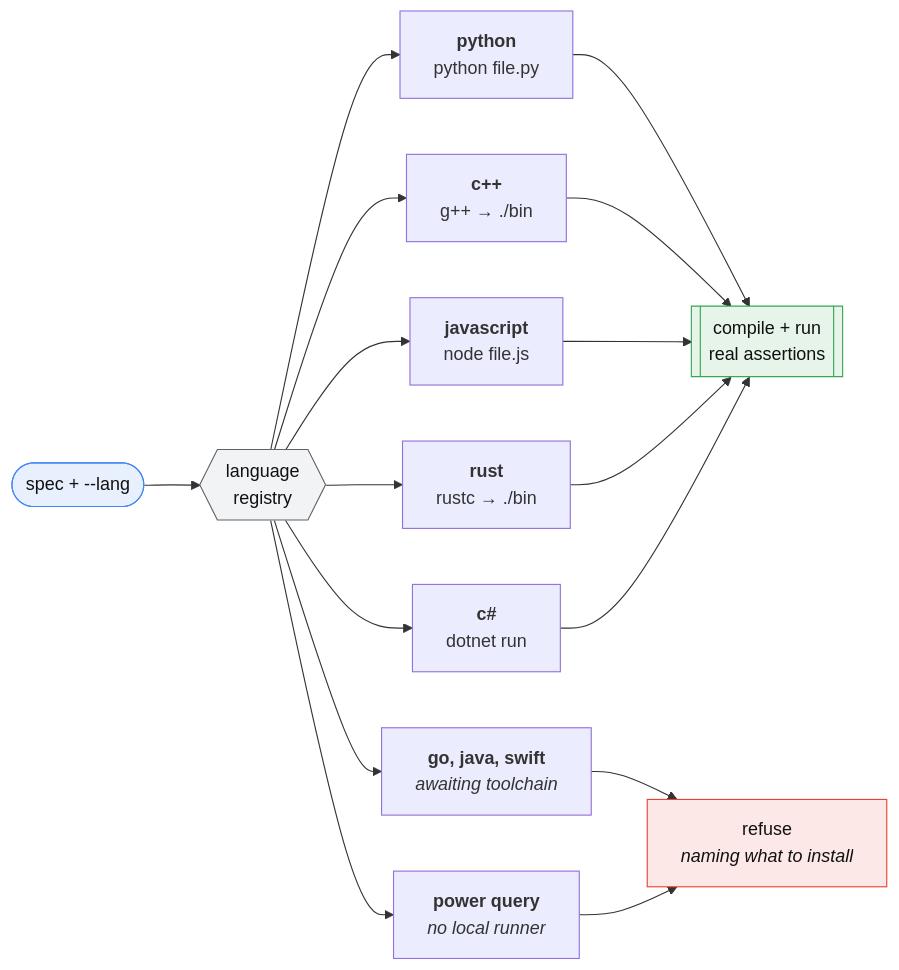
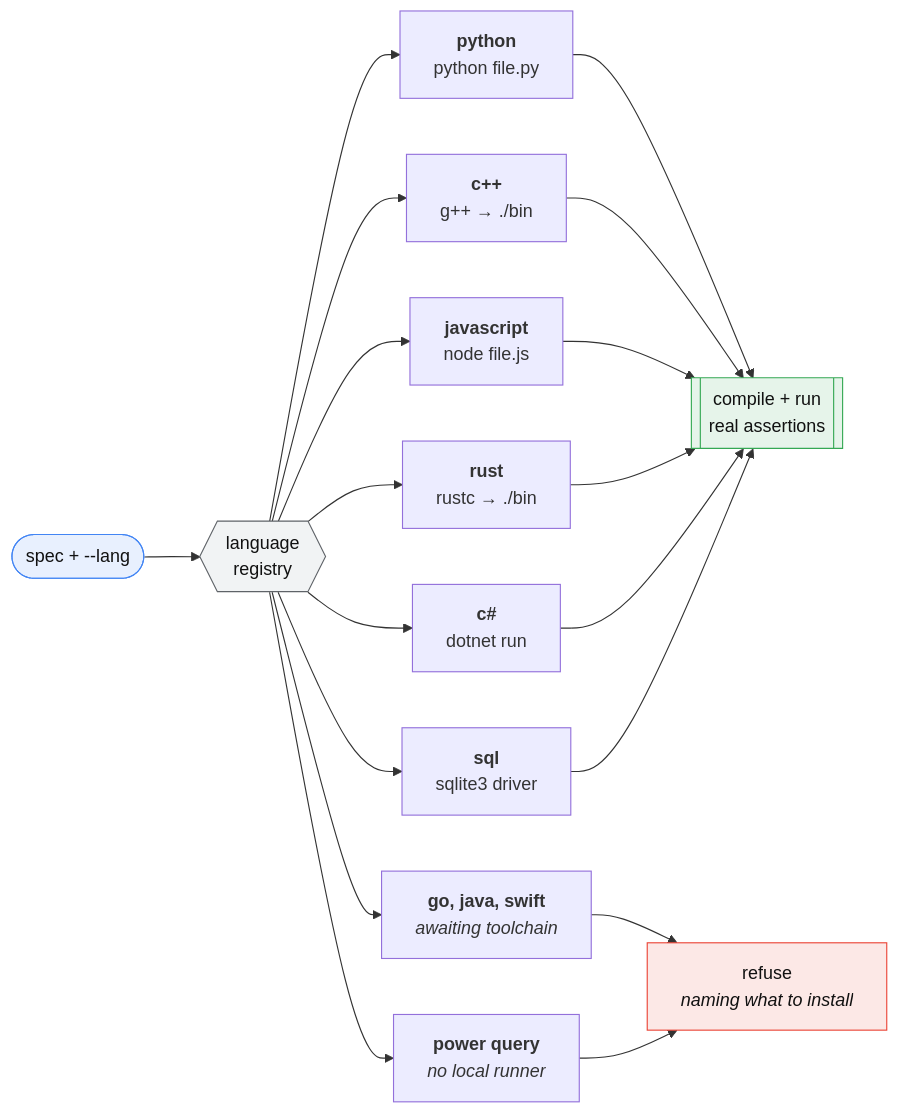
The third of 3 diagrams in README.md (jurewiczM/PureCoder), drawn with Mermaid before and after one commit. The commit also changed other lines of this file and 2 other files, not shown here.

First line of the commit message:
docs: SQL, and the asymmetry it introduced

````diff
--- a/README.md
+++ b/README.md
@@ -272,25 +272,27 @@
 ```mermaid
 flowchart LR
     SPEC([spec + --lang]) --> REG{{language<br/>registry}}
 
     REG --> PY["<b>python</b><br/>python file.py"]
     REG --> CPP["<b>c++</b><br/>g++ → ./bin"]
     REG --> JS["<b>javascript</b><br/>node file.js"]
     REG --> RS["<b>rust</b><br/>rustc → ./bin"]
     REG --> CS["<b>c#</b><br/>dotnet run"]
+    REG --> SQL["<b>sql</b><br/>sqlite3 driver"]
     REG --> GO["<b>go, java, swift</b><br/><i>awaiting toolchain</i>"]
     REG --> PQ["<b>power query</b><br/><i>no local runner</i>"]
 
     PY --> RUN[[compile + run<br/>real assertions]]
     CPP --> RUN
     JS --> RUN
     RS --> RUN
     CS --> RUN
+    SQL --> RUN
     GO --> NO[refuse<br/><i>naming what to install</i>]
     PQ --> NO
 
     style SPEC fill:#e8f0fe,stroke:#4285f4,color:#111
     style REG fill:#f1f3f4,stroke:#5f6368,color:#111
     style RUN fill:#e6f4ea,stroke:#34a853,color:#111
     style NO fill:#fce8e6,stroke:#ea4335,color:#111
 ```
````
